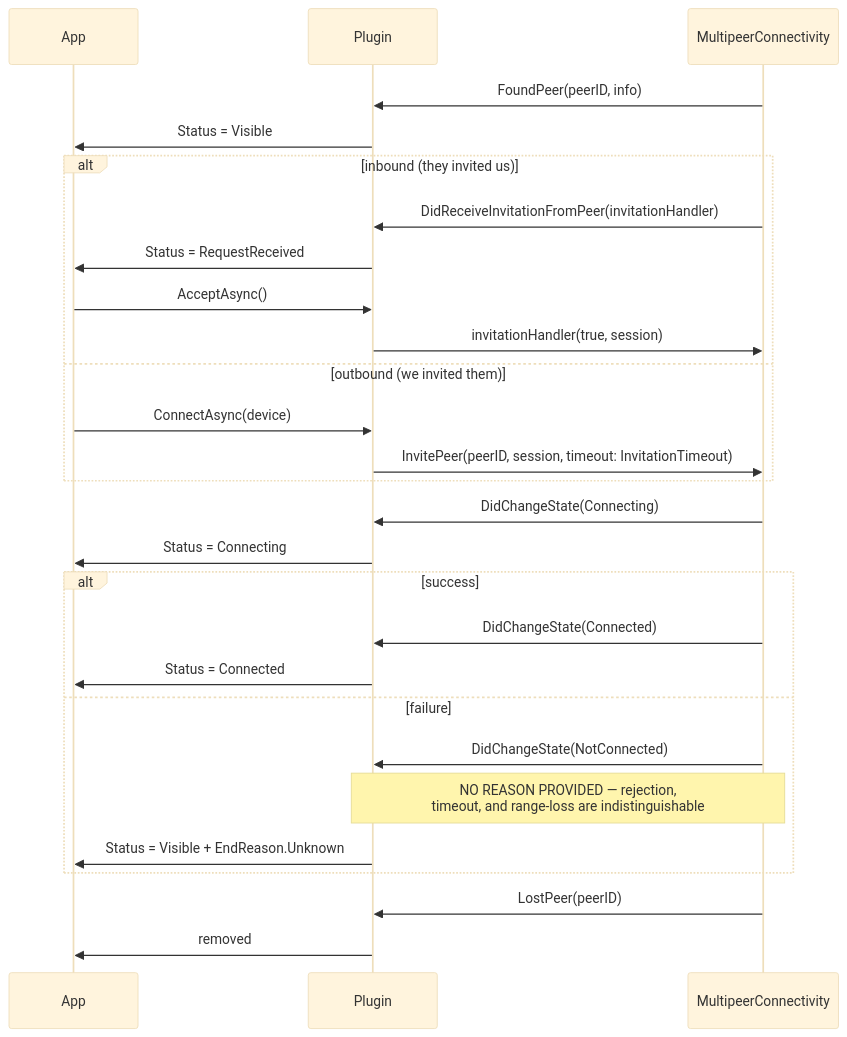
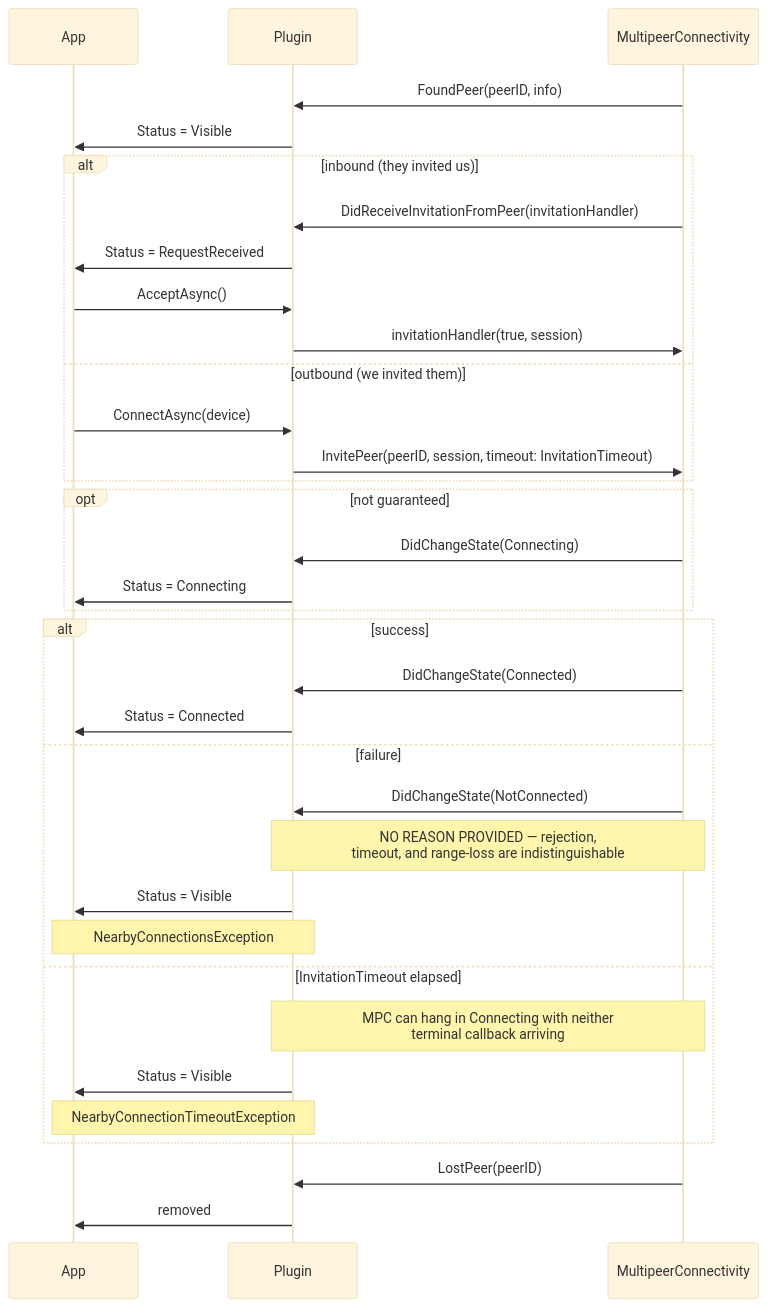
The third of 4 diagrams in docs/DEVICE-LIFECYCLE.md (phunkeler/Plugin.Maui.NearbyConnections), drawn with Mermaid (base theme) before and after one commit. The commit also changed other lines of this file and 26 other files, not shown here.

````diff
--- a/docs/DEVICE-LIFECYCLE.md
+++ b/docs/DEVICE-LIFECYCLE.md
@@ -193,34 +200,41 @@
 ```mermaid
 sequenceDiagram
     participant A as App
     participant P as Plugin
     participant M as MultipeerConnectivity
 
     M->>P: FoundPeer(peerID, info)
     P->>A: Status = Visible
 
     alt inbound (they invited us)
         M->>P: DidReceiveInvitationFromPeer(invitationHandler)
         P->>A: Status = RequestReceived
         A->>P: AcceptAsync()
         P->>M: invitationHandler(true, session)
     else outbound (we invited them)
         A->>P: ConnectAsync(device)
         P->>M: InvitePeer(peerID, session, timeout: InvitationTimeout)
     end
 
-    M->>P: DidChangeState(Connecting)
-    P->>A: Status = Connecting
+    opt not guaranteed
+        M->>P: DidChangeState(Connecting)
+        P->>A: Status = Connecting
+    end
 
     alt success
         M->>P: DidChangeState(Connected)
         P->>A: Status = Connected
     else failure
         M->>P: DidChangeState(NotConnected)
         Note over M,P: NO REASON PROVIDED — rejection,<br/>timeout, and range-loss are indistinguishable
-        P->>A: Status = Visible + EndReason.Unknown
+        P->>A: Status = Visible
+        Note over P,A: NearbyConnectionsException
+    else InvitationTimeout elapsed
+        Note over M,P: MPC can hang in Connecting with neither<br/>terminal callback arriving
+        P->>A: Status = Visible
+        Note over P,A: NearbyConnectionTimeoutException
     end
 
     M->>P: LostPeer(peerID)
     P->>A: removed
 ```
````
